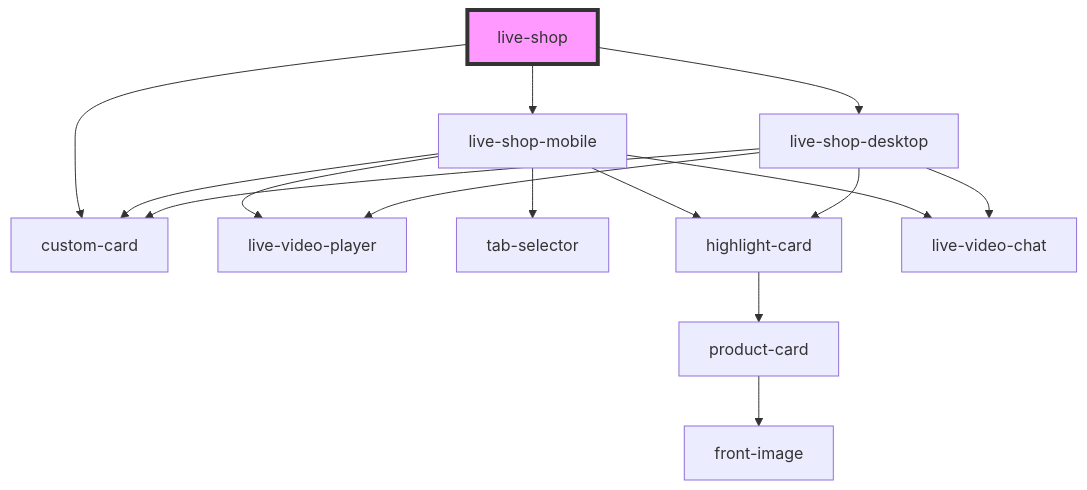
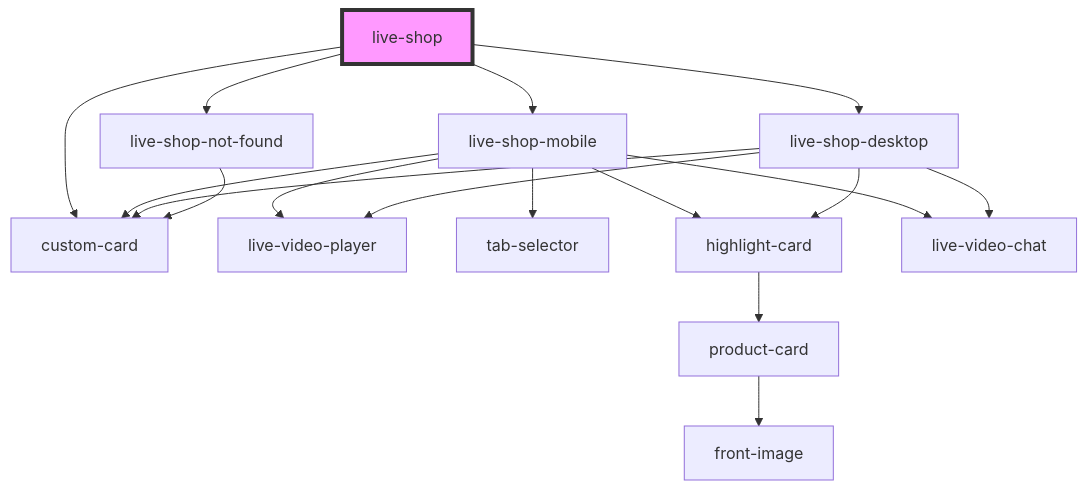
The diagram in src/components/live-shop/readme.md (commerce-suite/storefront-components), drawn with Mermaid before and after one commit. The commit also changed other lines of this file and 7 other files, not shown here.

Commit message:
refactor: criacao de snippet live shop not found

````diff
--- a/src/components/live-shop/readme.md
+++ b/src/components/live-shop/readme.md
@@ -32,18 +33,20 @@
 ```mermaid
 graph TD;
   live-shop --> custom-card
   live-shop --> live-shop-mobile
   live-shop --> live-shop-desktop
+  live-shop --> live-shop-not-found
   live-shop-mobile --> live-video-player
   live-shop-mobile --> custom-card
   live-shop-mobile --> tab-selector
   live-shop-mobile --> highlight-card
   live-shop-mobile --> live-video-chat
   highlight-card --> product-card
   product-card --> front-image
   live-shop-desktop --> live-video-player
   live-shop-desktop --> live-video-chat
   live-shop-desktop --> highlight-card
   live-shop-desktop --> custom-card
+  live-shop-not-found --> custom-card
   style live-shop fill:#f9f,stroke:#333,stroke-width:4px
 ```
````
